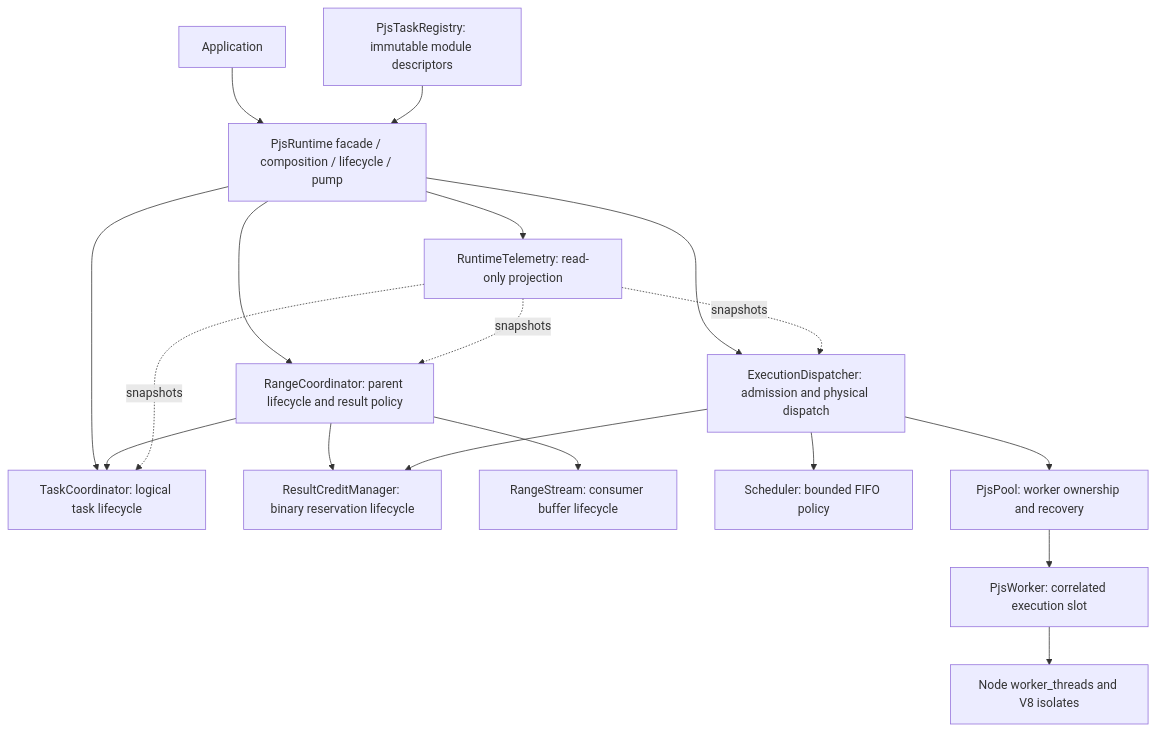
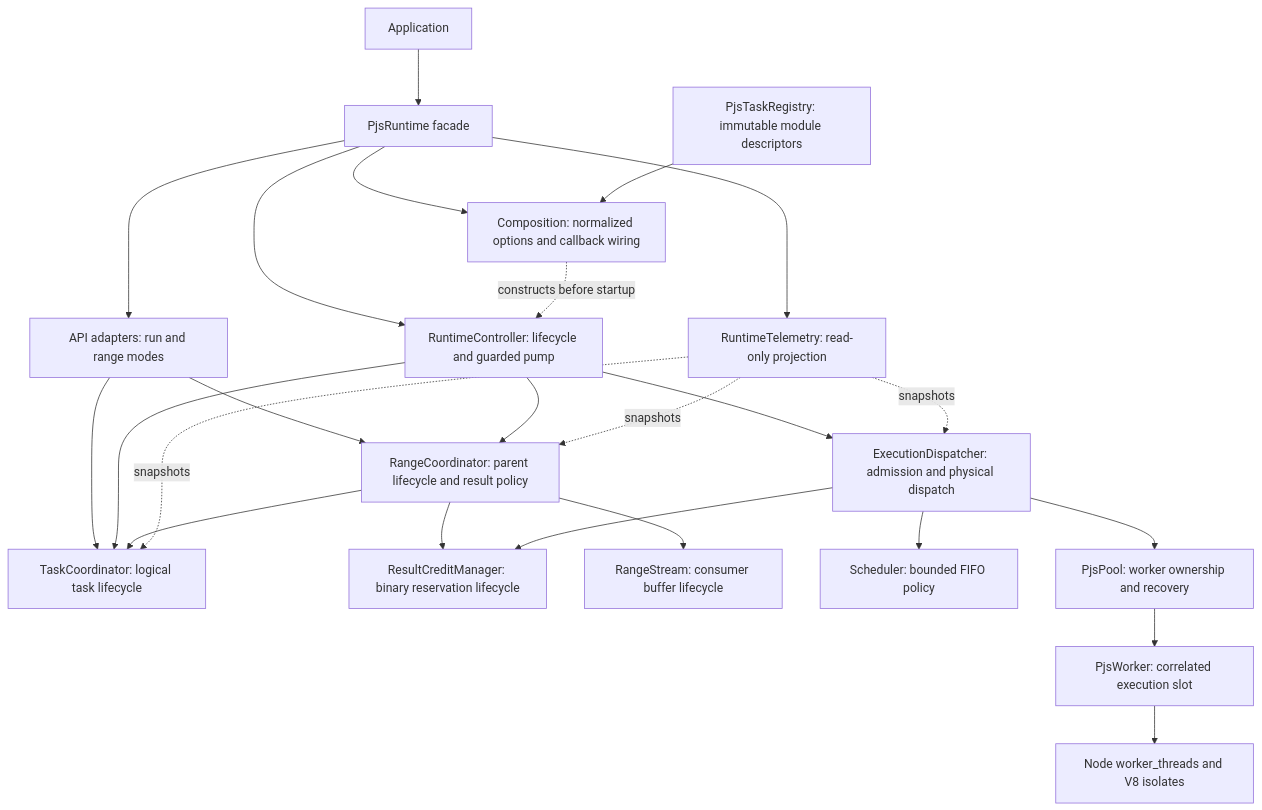
One commit to Miskovy/parallel-javascript changed the diagram in docs/architecture.md. Above: the diagram before and after it, drawn with Mermaid. The commit also changed other lines of this file and 3 other files, not shown here.

Commit message:
Document runtime API boundaries and candidate qualification procedure

````diff
--- a/docs/architecture.md
+++ b/docs/architecture.md
@@ -17,20 +15,26 @@
 ```mermaid
 flowchart TD
-  A[Application] --> R[PjsRuntime facade / composition / lifecycle / pump]
-  R --> O[RangeCoordinator: parent lifecycle and result policy]
-  R --> T[TaskCoordinator: logical task lifecycle]
-  R --> D[ExecutionDispatcher: admission and physical dispatch]
+  A[Application] --> R[PjsRuntime facade]
+  R --> API[API adapters: run and range modes]
+  R --> B[Composition: normalized options and callback wiring]
+  R --> L[RuntimeController: lifecycle and guarded pump]
+  B -. constructs before startup .-> L
+  API --> O[RangeCoordinator: parent lifecycle and result policy]
+  API --> T[TaskCoordinator: logical task lifecycle]
+  L --> O
+  L --> T
+  L --> D[ExecutionDispatcher: admission and physical dispatch]
   R --> V[RuntimeTelemetry: read-only projection]
   O --> T
   O --> C[ResultCreditManager: binary reservation lifecycle]
   O --> S[RangeStream: consumer buffer lifecycle]
   D --> Q[Scheduler: bounded FIFO policy]
   D --> P[PjsPool: worker ownership and recovery]
   D --> C
   P --> W[PjsWorker: correlated execution slot]
   W --> N[Node worker_threads and V8 isolates]
-  G[PjsTaskRegistry: immutable module descriptors] --> R
+  G[PjsTaskRegistry: immutable module descriptors] --> B
   V -. snapshots .-> O
   V -. snapshots .-> T
   V -. snapshots .-> D
 ```
````
